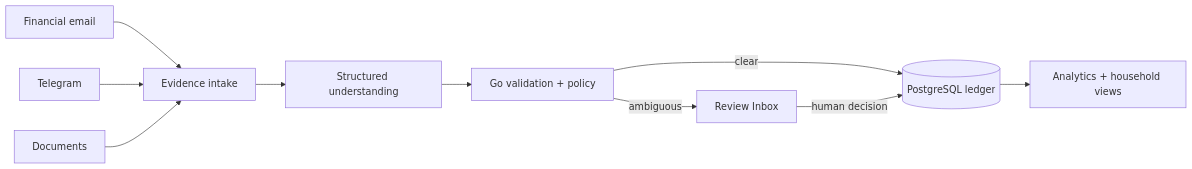
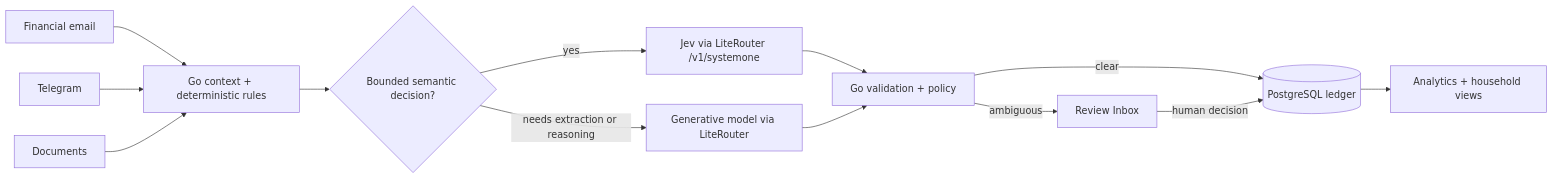
Before and after one commit to raufimusaddiq/richmod: the first of 2 diagrams in README.md, drawn with Mermaid. The commit also changed other lines of this file and 15 other files, not shown here.

Commit message:
feat: implement Jev System One bounded decision path

````diff
--- a/README.md
+++ b/README.md
@@ -78,15 +78,19 @@
 ```mermaid
 flowchart LR
-    E[Financial email] --> I[Evidence intake]
-    T[Telegram] --> I
-    D[Documents] --> I
+    E[Financial email] --> G[Go context + deterministic rules]
+    T[Telegram] --> G
+    D[Documents] --> G
 
-    I --> U[Structured understanding]
-    U --> V[Go validation + policy]
+    G --> J{Bounded semantic decision?}
+    J -->|yes| S[Jev via LiteRouter /v1/systemone]
+    J -->|needs extraction or reasoning| M[Generative model via LiteRouter]
 
-    V -->|clear| L[(PostgreSQL ledger)]
-    V -->|ambiguous| R[Review Inbox]
+    S --> P[Go validation + policy]
+    M --> P
+
+    P -->|clear| L[(PostgreSQL ledger)]
+    P -->|ambiguous| R[Review Inbox]
 
     R -->|human decision| L
     L --> A[Analytics + household views]
 ```
````
